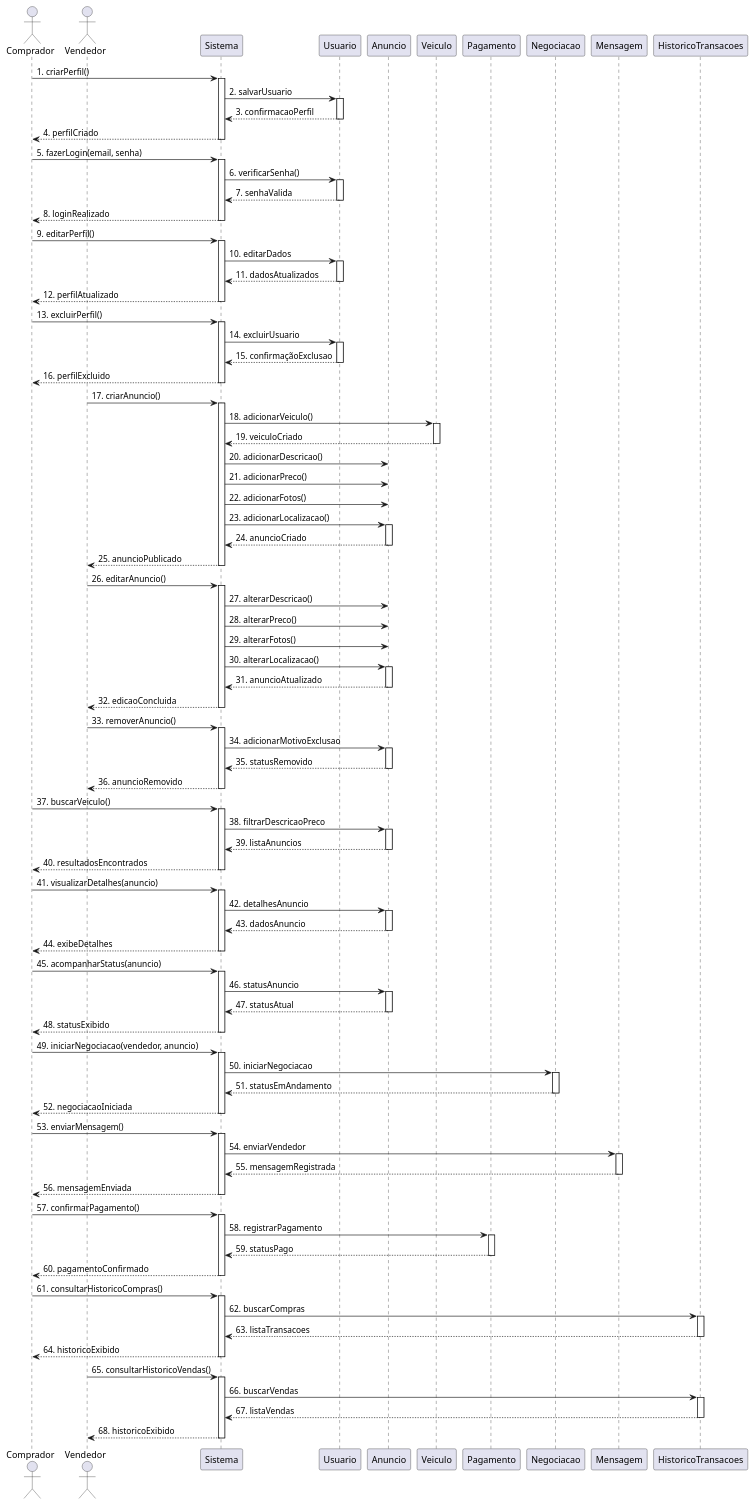
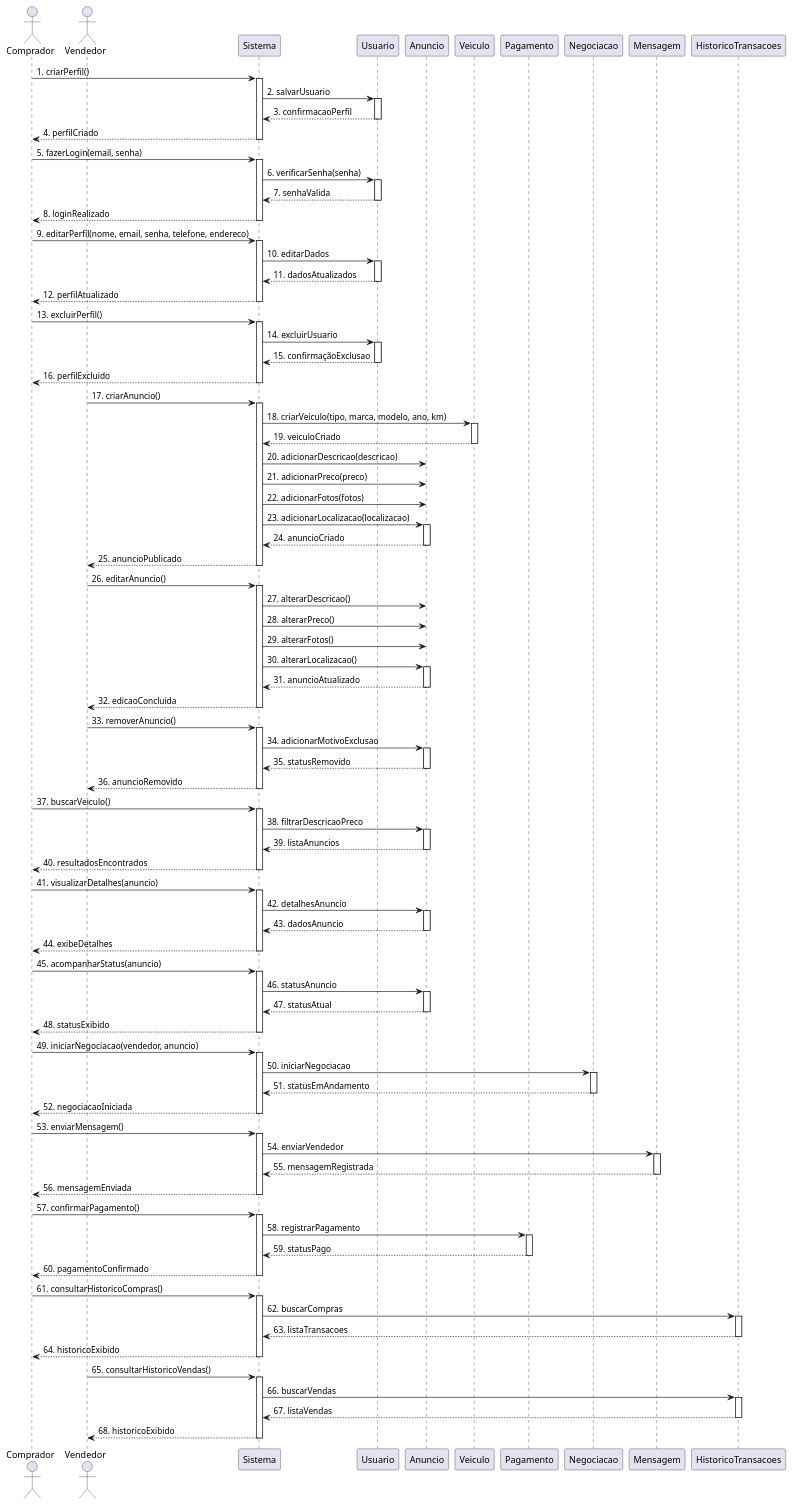
Before and after one commit to guilhermeoliveirateo/sistema-compra-venda-veiculos: the diagram in diagramas_sequencia_uc_sistema.md, drawn with PlantUML.

```diff
--- a/diagramas_sequencia_uc_sistema.md
+++ b/diagramas_sequencia_uc_sistema.md
@@ -31,14 +31,14 @@
 
 Comprador -> Sistema : 5. fazerLogin(email, senha)
 activate Sistema
-Sistema -> Usuario : 6. verificarSenha()
+Sistema -> Usuario : 6. verificarSenha(senha)
 activate Usuario
 Usuario --> Sistema : 7. senhaValida
 deactivate Usuario
 Sistema --> Comprador : 8. loginRealizado
 deactivate Sistema
 
-Comprador -> Sistema : 9. editarPerfil()
+Comprador -> Sistema : 9. editarPerfil(nome, email, senha, telefone, endereco)
 activate Sistema
 Sistema -> Usuario : 10. editarDados
 activate Usuario
@@ -58,14 +58,14 @@
 
 Vendedor -> Sistema : 17. criarAnuncio()
 activate Sistema
-Sistema -> Veiculo : 18. adicionarVeiculo()
+Sistema -> Veiculo : 18. criarVeiculo(tipo, marca, modelo, ano, km)
 activate Veiculo
 Veiculo --> Sistema : 19. veiculoCriado
 deactivate Veiculo
-Sistema -> Anuncio : 20. adicionarDescricao()
-Sistema -> Anuncio : 21. adicionarPreco()
-Sistema -> Anuncio : 22. adicionarFotos()
-Sistema -> Anuncio : 23. adicionarLocalizacao()
+Sistema -> Anuncio : 20. adicionarDescricao(descricao)
+Sistema -> Anuncio : 21. adicionarPreco(preco)
+Sistema -> Anuncio : 22. adicionarFotos(fotos)
+Sistema -> Anuncio : 23. adicionarLocalizacao(localizacao)
 activate Anuncio
 Anuncio --> Sistema : 24. anuncioCriado
 deactivate Anuncio
```
